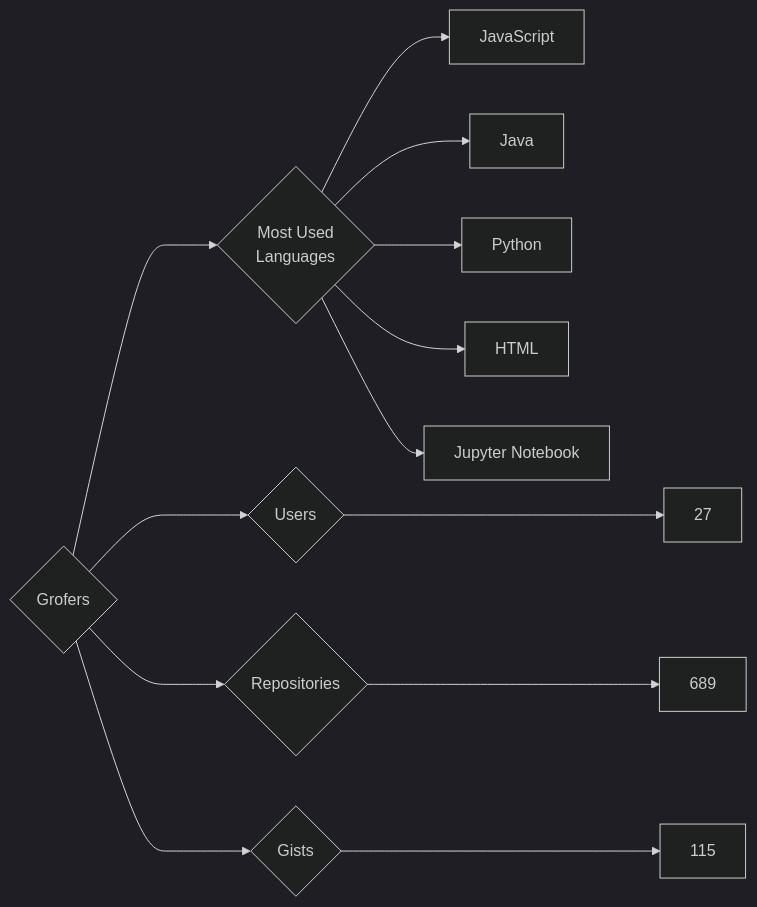
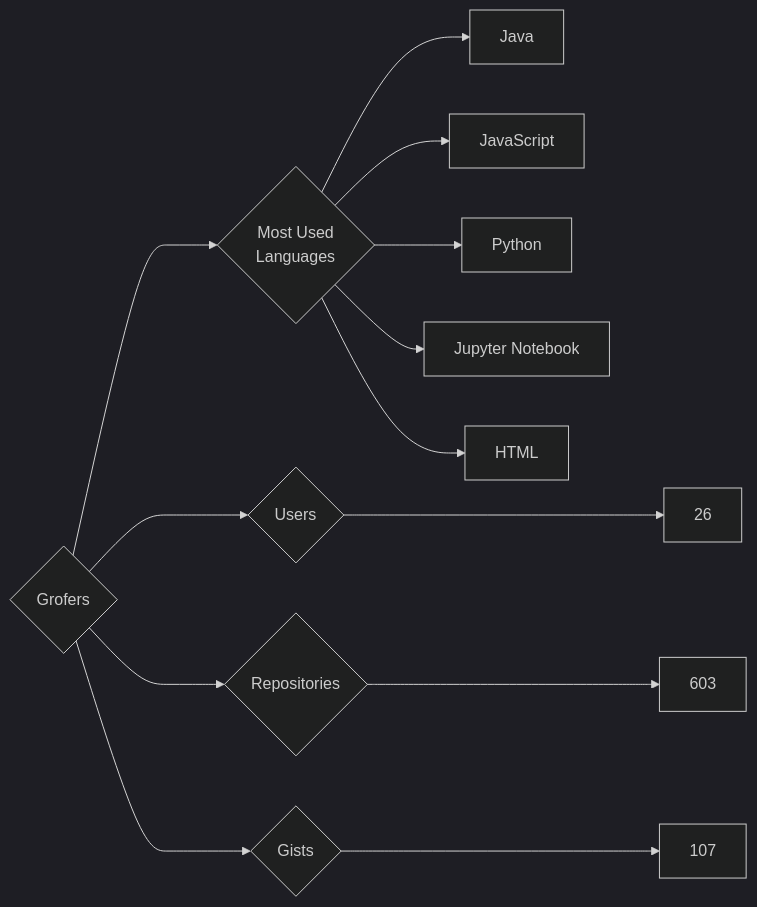
The diagram in targets/Grofers/README.md (trickest/insiders), drawn with Mermaid (dark theme) before and after one commit. The commit also changed 681 other files, not shown here.

````diff
--- a/targets/Grofers/README.md
+++ b/targets/Grofers/README.md
@@ -3,13 +3,13 @@
 ```mermaid
 graph LR
 COMPANY_NAME{Grofers}
-COMPANY_NAME ---> U{Users} ---> UN[27]
-COMPANY_NAME ---> R{Repositories} ---> RN[689]
-COMPANY_NAME ---> G{Gists} ---> GN[115]
+COMPANY_NAME ---> U{Users} ---> UN[26]
+COMPANY_NAME ---> R{Repositories} ---> RN[603]
+COMPANY_NAME ---> G{Gists} ---> GN[107]
 COMPANY_NAME ---> ML{Most Used<br>Languages}
+ML --> Java[Java]
 ML --> JavaScript[JavaScript]
-ML --> Java[Java]
 ML --> Python[Python]
+ML --> Jupyter_Notebook[Jupyter Notebook]
 ML --> HTML[HTML]
-ML --> Jupyter_Notebook[Jupyter Notebook]
 ```
````
